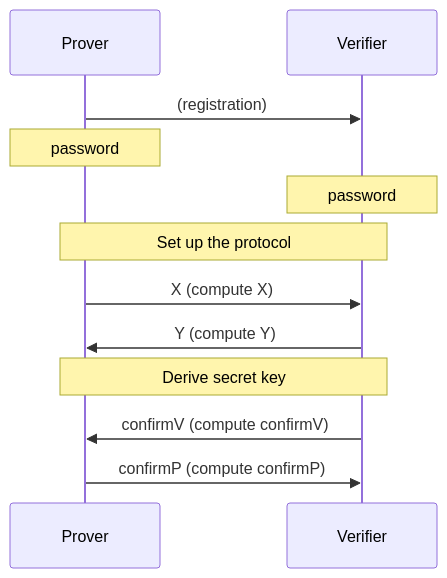
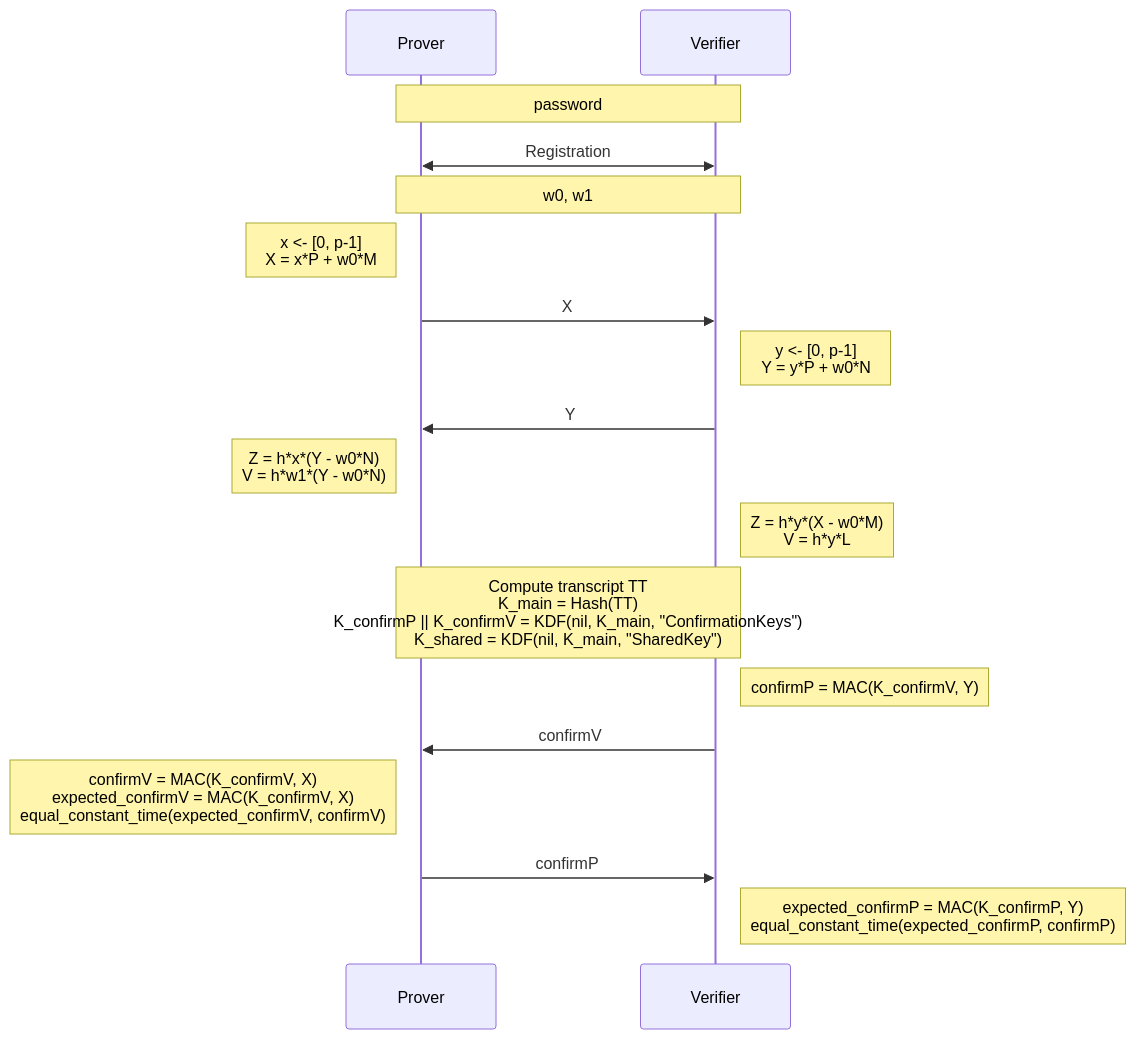
Before and after one commit to jiep/spake2plus: the diagram in README.md, drawn with Mermaid. The commit also changed other lines of this file, not shown here.

````diff
--- a/README.md
+++ b/README.md
@@ -8,16 +29,28 @@
 ```mermaid
 
 sequenceDiagram
     participant Prover
     participant Verifier
 
-    Prover->>Verifier: (registration)
-    Note over Prover: password
-    Note over Verifier: password
-    Note over Prover,Verifier: Set up the protocol
-    Prover->>Verifier: X (compute X)
-    Verifier->>Prover: Y (compute Y)
-    Note over Prover,Verifier: Derive secret key
-    Verifier->>Prover: confirmV (compute confirmV)
-    Prover->>Verifier: confirmP (compute confirmP)
+    Note over Prover, Verifier: password
+    Prover<<->>Verifier: Registration
+
+    Note over Prover, Verifier: w0, w1
+
+    Note left of Prover: x <- [0, p-1]<br/>X = x*P + w0*M
+    Prover->>Verifier: X
+    Note right of Verifier: y <- [0, p-1]<br/>Y = y*P + w0*N
+    Verifier->>Prover: Y
+    Note left of Prover: Z = h*x*(Y - w0*N)<br/>V = h*w1*(Y - w0*N)
+    Note right of Verifier: Z = h*y*(X - w0*M)<br/>V = h*y*L
+
+    Note over Prover,Verifier: Compute transcript TT<br/>K_main = Hash(TT)<br/>K_confirmP || K_confirmV = KDF(nil, K_main, "ConfirmationKeys")<br/>K_shared = KDF(nil, K_main, "SharedKey")
+    
+    Note right of Verifier: confirmP = MAC(K_confirmV, Y)
+
+    Verifier->>Prover: confirmV
+    Note left of Prover: confirmV = MAC(K_confirmV, X)<br/>expected_confirmV = MAC(K_confirmV, X)<br/>equal_constant_time(expected_confirmV, confirmV)
+    Prover->>Verifier: confirmP
+
+    Note right of Verifier: expected_confirmP = MAC(K_confirmP, Y)<br/>equal_constant_time(expected_confirmP, confirmP)
 ```
````
